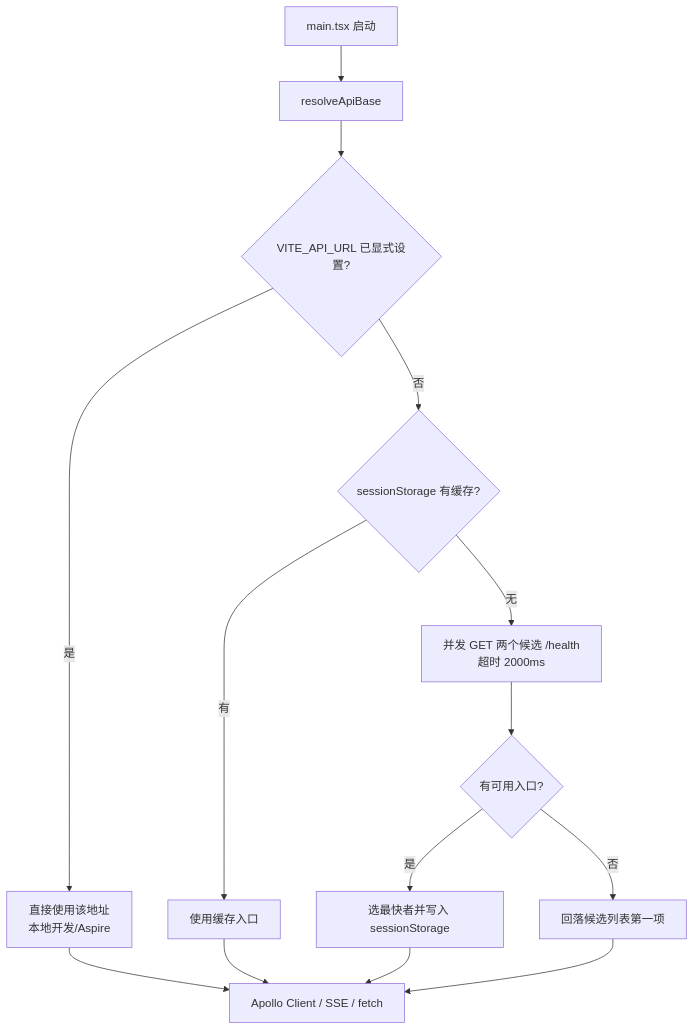
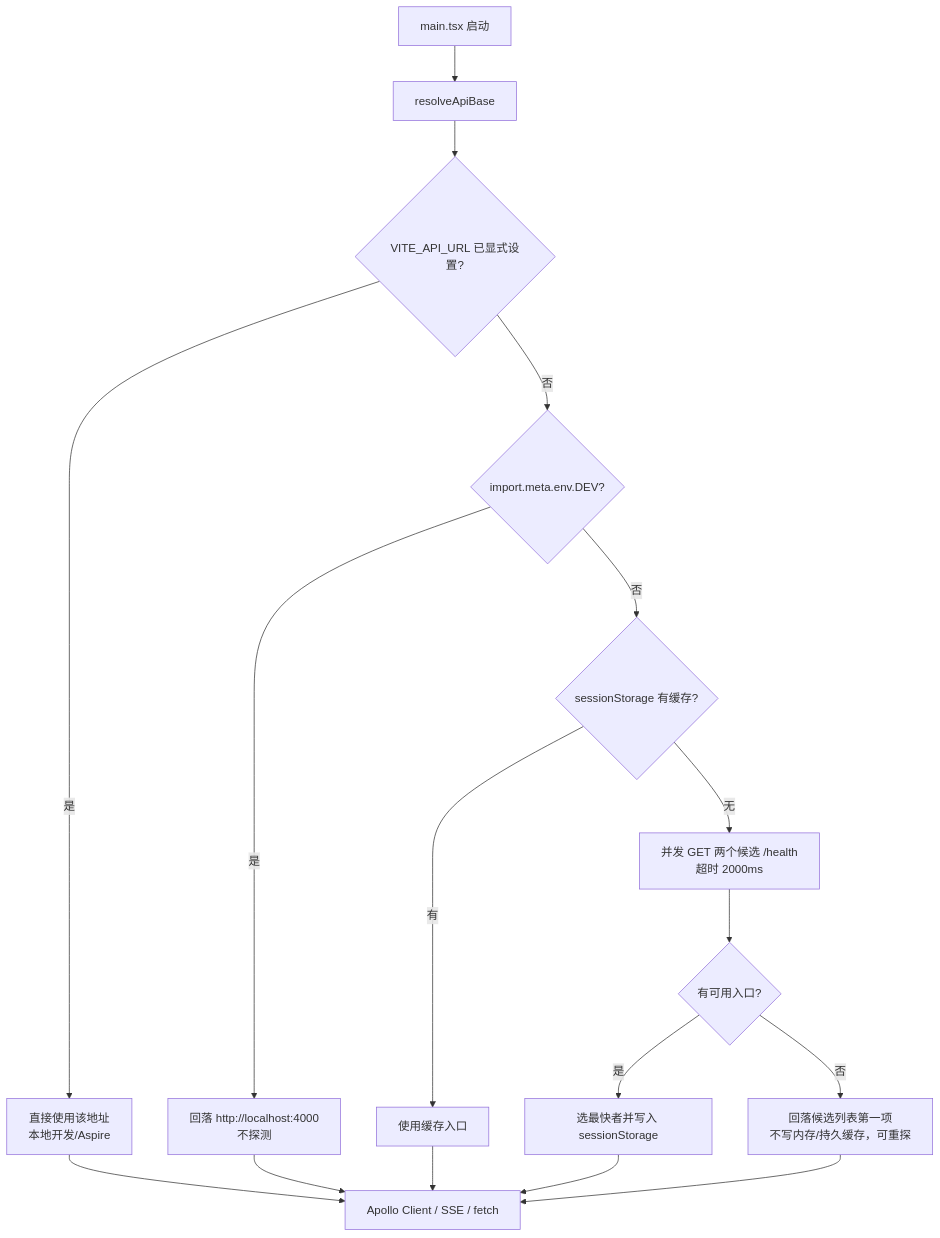
The first of 2 diagrams in docs/engineering/proposals/20260908-feat-frontend-auto-select-server.md (Deliay/z-agent-gear), drawn with Mermaid before and after one commit. The commit also changed other lines of this file and 5 other files, not shown here.

````diff
--- a/docs/engineering/proposals/20260908-feat-frontend-auto-select-server.md
+++ b/docs/engineering/proposals/20260908-feat-frontend-auto-select-server.md
@@ -54,16 +59,19 @@
 ```mermaid
 flowchart TD
     A[main.tsx 启动] --> B[resolveApiBase]
     B --> C{VITE_API_URL 已显式设置?}
     C -- 是 --> D[直接使用该地址<br/>本地开发/Aspire]
-    C -- 否 --> E{sessionStorage 有缓存?}
-    E -- 有 --> F[使用缓存入口]
-    E -- 无 --> G[并发 GET 两个候选 /health<br/>超时 2000ms]
-    G --> H{有可用入口?}
-    H -- 是 --> I[选最快者并写入 sessionStorage]
-    H -- 否 --> J[回落候选列表第一项]
-    D --> K[Apollo Client / SSE / fetch]
-    F --> K
-    I --> K
-    J --> K
+    C -- 否 --> E{import.meta.env.DEV?}
+    E -- 是 --> L[回落 http://localhost:4000<br/>不探测]
+    E -- 否 --> F{sessionStorage 有缓存?}
+    F -- 有 --> G[使用缓存入口]
+    F -- 无 --> H[并发 GET 两个候选 /health<br/>超时 2000ms]
+    H --> I{有可用入口?}
+    I -- 是 --> J[选最快者并写入 sessionStorage]
+    I -- 否 --> K[回落候选列表第一项<br/>不写内存/持久缓存，可重探]
+    D --> M[Apollo Client / SSE / fetch]
+    L --> M
+    G --> M
+    J --> M
+    K --> M
 ```
````
